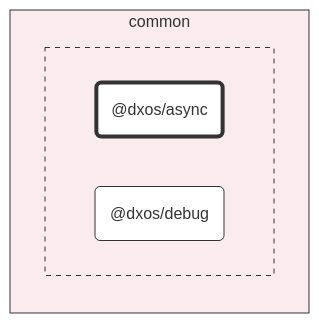
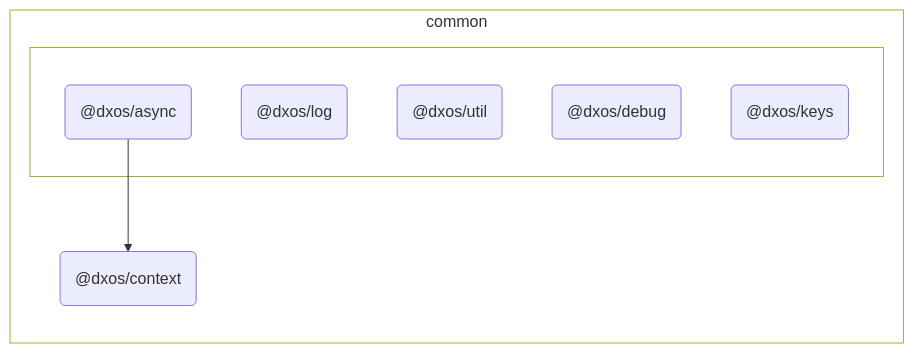
One commit to dxos/dxos changed the diagram in packages/common/async/docs/README.md. Above: the diagram before and after it, drawn with Mermaid. The commit also changed other lines of this file and 127 other files, not shown here.

````diff
--- a/packages/common/async/docs/README.md
+++ b/packages/common/async/docs/README.md
@@ -7,26 +7,34 @@
 ```mermaid
 %%{ init: {'flowchart':{'curve':'basis'}} }%%
 
 flowchart LR
 
 %% Classes
-classDef def fill:#fff,stroke:#333,stroke-width:1px
-classDef root fill:#fff,stroke:#333,stroke-width:4px
+
+
 
 %% Nodes
 
 subgraph common [common]
-  style common fill:#faebee,stroke:#333
+  style common fill:transparent
+  dxos/context("@dxos/context"):::def
+  click dxos/context "dxos/dxos/tree/main/packages/common/context/docs"
 
   subgraph _ [ ]
-    style _ fill:#faebee,stroke:#333,stroke-dasharray:5 5
+    style _ fill:transparent
     dxos/async("@dxos/async"):::root
     click dxos/async "dxos/dxos/tree/main/packages/common/async/docs"
+    dxos/log("@dxos/log"):::def
+    click dxos/log "dxos/dxos/tree/main/packages/common/log/docs"
+    dxos/util("@dxos/util"):::def
+    click dxos/util "dxos/dxos/tree/main/packages/common/util/docs"
     dxos/debug("@dxos/debug"):::def
     click dxos/debug "dxos/dxos/tree/main/packages/common/debug/docs"
+    dxos/keys("@dxos/keys"):::def
+    click dxos/keys "dxos/dxos/tree/main/packages/common/keys/docs"
   end
 end
 
 %% Links
-linkStyle default stroke:#333,stroke-width:1px
+dxos/async --> dxos/context
 ```
````
